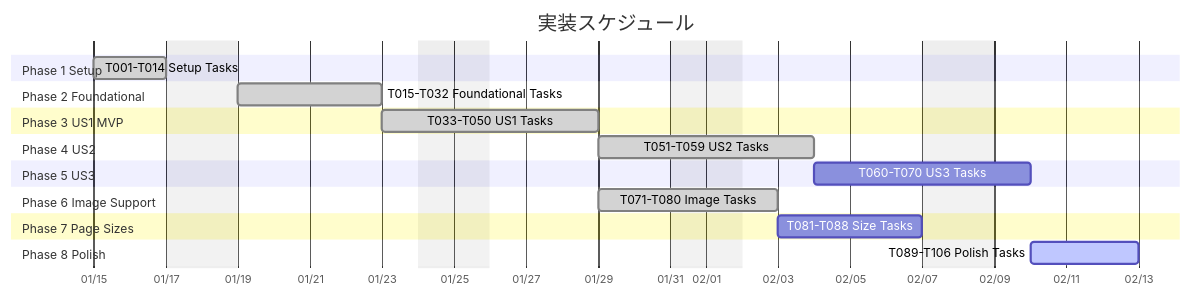
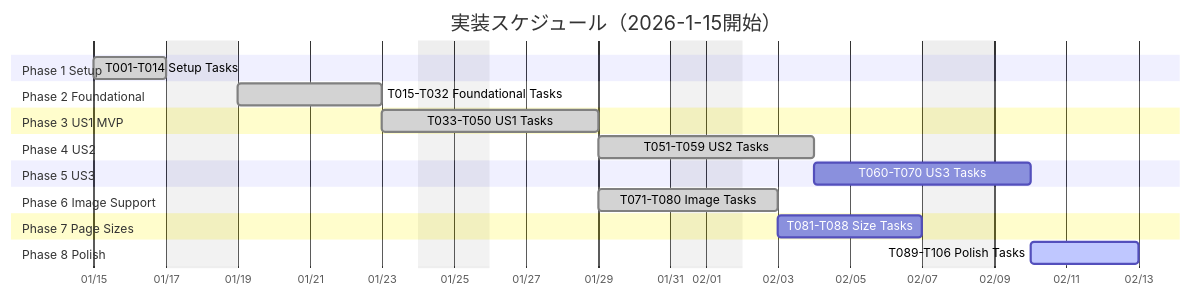
Before and after one commit to J1921604/OCR-PDF-Converter: the second of 2 diagrams in specs/001-OCR-PDF-Converter/tasks.md, drawn with Mermaid. The commit also changed other lines of this file and 7 other files, not shown here.

````diff
--- a/specs/001-OCR-PDF-Converter/tasks.md
+++ b/specs/001-OCR-PDF-Converter/tasks.md
@@ -352,31 +352,31 @@
 ```mermaid
 gantt
-    title 実装スケジュール
+    title 実装スケジュール（2026-1-15開始）
     dateFormat YYYY-MM-DD
     axisFormat %m/%d
-    excludes weekends 2025-12-27 2025-12-28 2025-12-29 2025-12-30 2025-12-31 2026-01-01 2026-01-02 2026-01-03 2026-01-04
+    excludes weekends
     
     section Phase 1 Setup
     T001-T014 Setup Tasks           :done, p1, 2026-01-15, 2d
     
     section Phase 2 Foundational
     T015-T032 Foundational Tasks    :done, p2, after p1, 4d
     
     section Phase 3 US1 MVP
     T033-T050 US1 Tasks             :done, p3, after p2, 4d
     
     section Phase 4 US2
     T051-T059 US2 Tasks             :done, p4, after p3, 4d
     
     section Phase 5 US3
     T060-T070 US3 Tasks             :p5, after p4, 4d
     
     section Phase 6 Image Support
     T071-T080 Image Tasks           :done, p6, after p3, 3d
     
     section Phase 7 Page Sizes
     T081-T088 Size Tasks            :p7, after p6, 4d
     
     section Phase 8 Polish
     T089-T106 Polish Tasks          :active, p8, after p5, 3d
 ```
````
